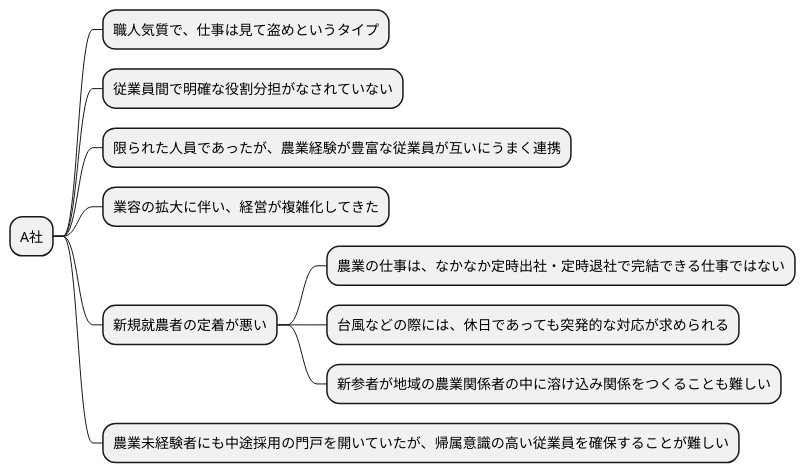
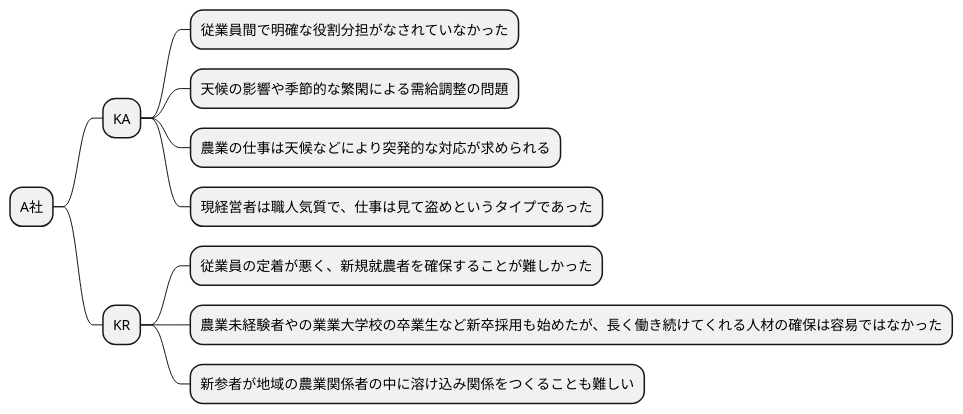
Before and after one commit to k2works/requirements_definition_excercise: the fourth of 11 diagrams in docs/R04/study/study_1_take02.md, drawn with PlantUML. The commit also changed other lines of this file, not shown here.

````diff
--- a/docs/R04/study/study_1_take02.md
+++ b/docs/R04/study/study_1_take02.md
@@ -174,16 +184,16 @@
 ```plantuml
 @startmindmap
 
 * A社
-** 職人気質で、仕事は見て盗めというタイプ
-** 従業員間で明確な役割分担がなされていない
-** 限られた人員であったが、農業経験が豊富な従業員が互いにうまく連携
-** 業容の拡大に伴い、経営が複雑化してきた
-** 新規就農者の定着が悪い
-*** 農業の仕事は、なかなか定時出社・定時退社で完結できる仕事ではない
-*** 台風などの際には、休日であっても突発的な対応が求められる
+** KA
+*** 従業員間で明確な役割分担がなされていなかった
+*** 天候の影響や季節的な繁閑による需給調整の問題
+*** 農業の仕事は天候などにより突発的な対応が求められる
+*** 現経営者は職人気質で、仕事は見て盗めというタイプであった
+** KR
+*** 従業員の定着が悪く、新規就農者を確保することが難しかった
+*** 農業未経験者やの業業大学校の卒業生など新卒採用も始めたが、長く働き続けてくれる人材の確保は容易ではなかった
 *** 新参者が地域の農業関係者の中に溶け込み関係をつくることも難しい
-** 農業未経験者にも中途採用の門戸を開いていたが、帰属意識の高い従業員を確保することが難しい
 
 @endmindmap
 ```
````
